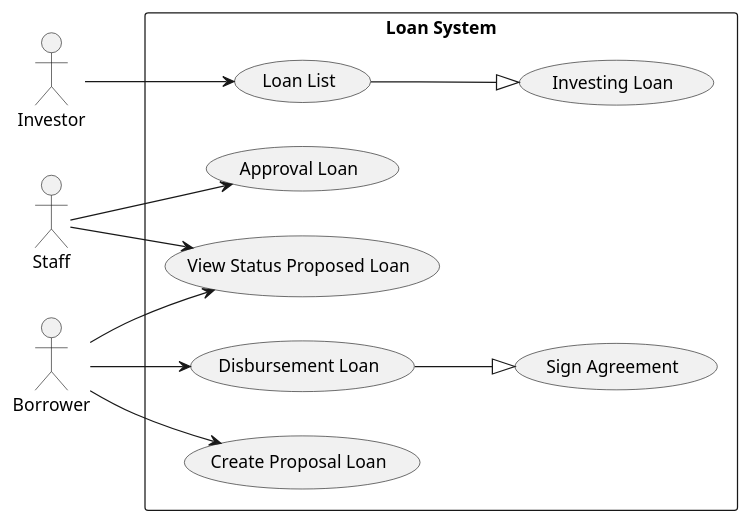
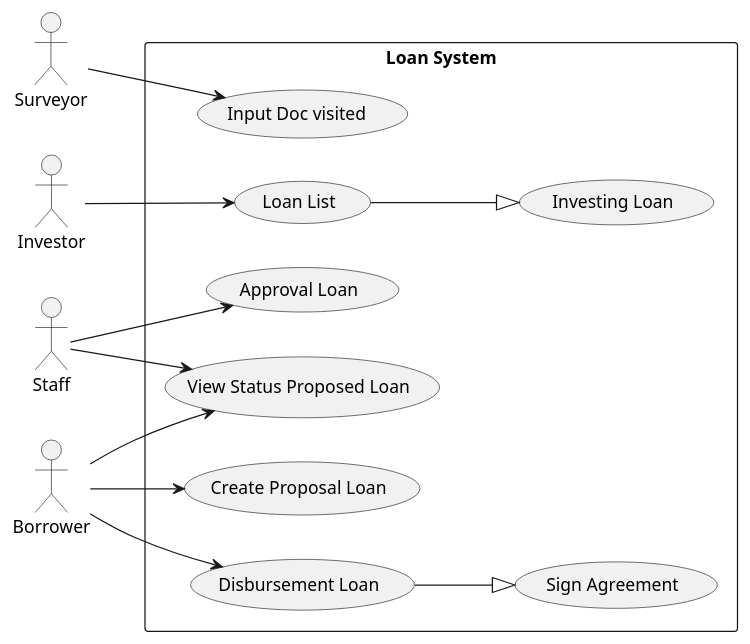
Before and after one commit to fajarAnd/loan-engine: the diagram in doc/usecase-diagram.plantuml, drawn with PlantUML. The commit also changed 1 other file, not shown here.

```diff
--- a/doc/usecase-diagram.plantuml
+++ b/doc/usecase-diagram.plantuml
@@ -1,29 +1,30 @@
 @startuml velocity_team
 left to right direction
+actor "Surveyor" as surveyor
 actor "Staff" as staff
 actor "Investor" as Investor
 actor "Borrower" as borrower
 
 rectangle system as "Loan System" {
   usecase "Create Proposal Loan" as proposeLoan
   usecase "View Status Proposed Loan" as statusLoan
   usecase "Approval Loan" as approvalLoan
   usecase "Disbursement Loan" as disbursement
   usecase "Sign Agreement" as sign
   usecase "Loan List" as loan
   usecase "Investing Loan" as loanInvest
+  usecase "Input Doc visited " as inputDocVis
 }
-
 
 borrower --> proposeLoan
 borrower --> statusLoan
 staff --> statusLoan
 staff --> approvalLoan
 borrower --> disbursement
 disbursement --|> sign
 "Investor" --> loan
 loan --|> loanInvest
-
+surveyor --> inputDocVis
 
 
 @enduml
```
